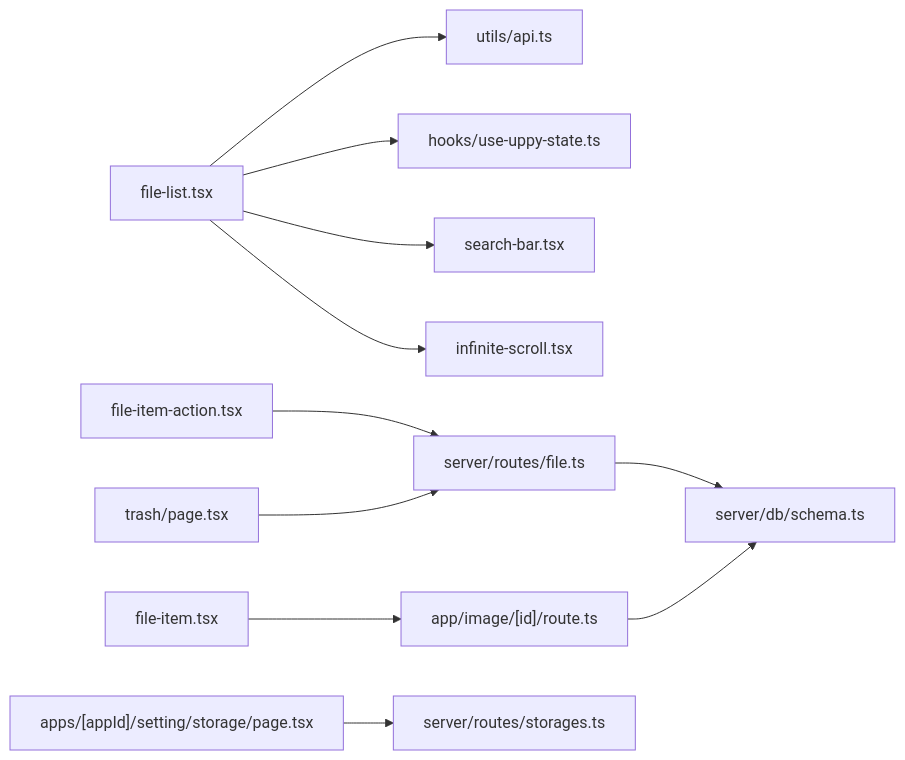
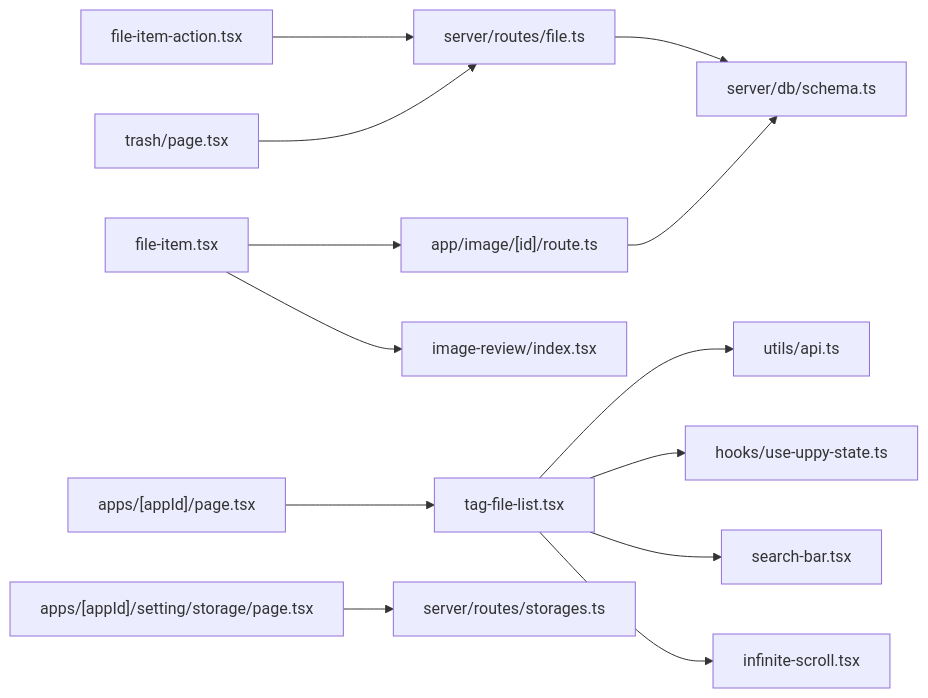
Before and after one commit to RadiumAg/image-saas: the eighth of 8 diagrams in .qoder/repowiki/zh/content/核心功能模块/文件管理系统/文件管理系统.md, drawn with Mermaid. The commit also changed other lines of this file and 6 other files, not shown here.

````diff
--- a/.qoder/repowiki/zh/content/核心功能模块/文件管理系统/文件管理系统.md
+++ b/.qoder/repowiki/zh/content/核心功能模块/文件管理系统/文件管理系统.md
@@ -332,13 +409,15 @@
 ```mermaid
 graph LR
-FL["file-list.tsx"] --> API["utils/api.ts"]
-FL --> UU["hooks/use-uppy-state.ts"]
-FL --> SB["search-bar.tsx"]
-FL --> IS["infinite-scroll.tsx"]
+TFL["tag-file-list.tsx"] --> API["utils/api.ts"]
+TFL --> UU["hooks/use-uppy-state.ts"]
+TFL --> SB["search-bar.tsx"]
+TFL --> IS["infinite-scroll.tsx"]
 FA["file-item-action.tsx"] --> RF["server/routes/file.ts"]
-FI["file-item.tsx"] --> IMG["app/image/[id]/route.ts"]
+FI["file-item.tsx"] --> IR["image-review/index.tsx"]
+FI --> IMG["app/image/[id]/route.ts"]
 TS["trash/page.tsx"] --> RF
 SS["apps/[appId]/setting/storage/page.tsx"] --> RS["server/routes/storages.ts"]
 RF --> SCHEMA["server/db/schema.ts"]
 IMG --> SCHEMA
+APP["apps/[appId]/page.tsx"] --> TFL
 ```
````
